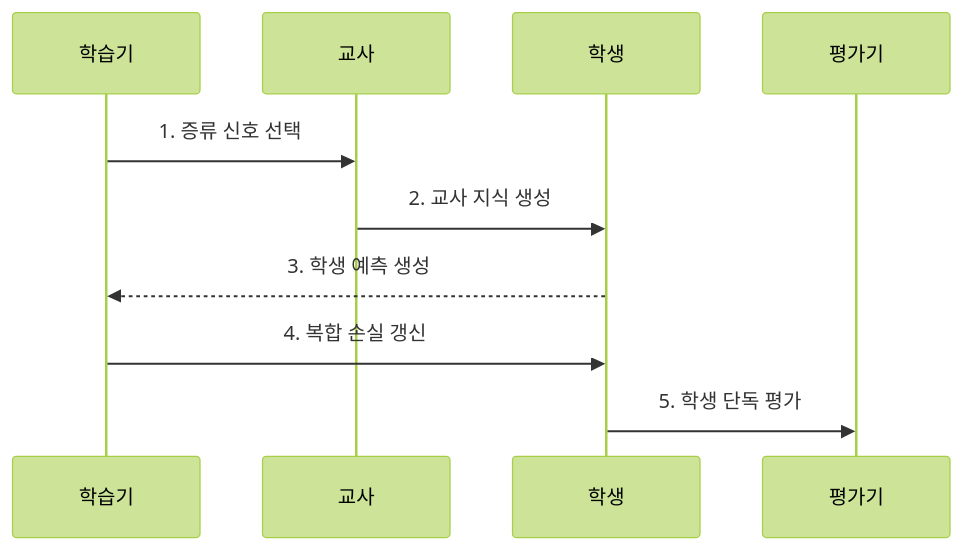
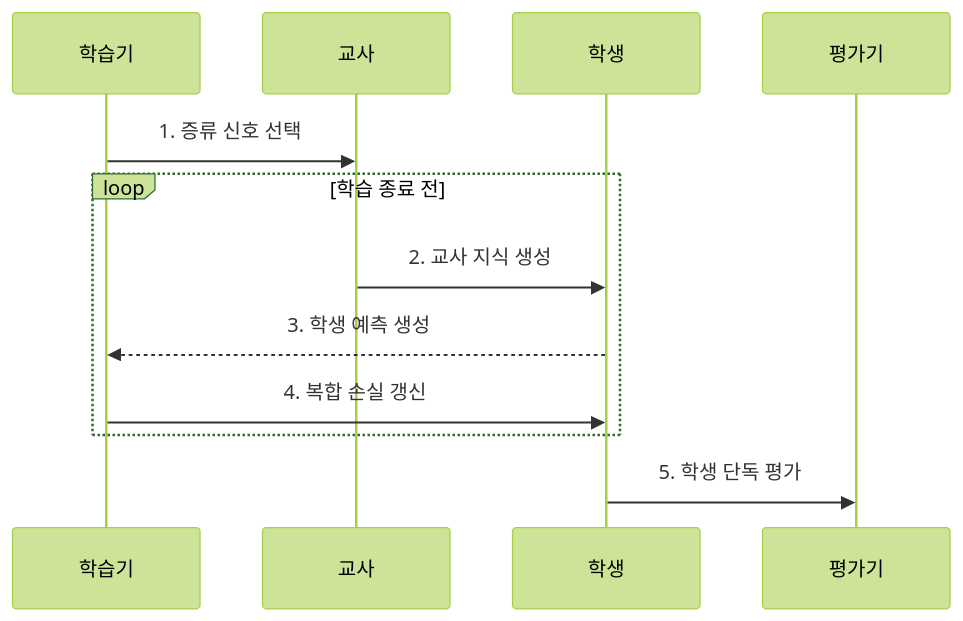
Before and after one commit to agnusdei1207/knowledge-base: the second of 2 diagrams in src/content/docs/notes/08-latest-tech/057_knowledge_distillation.md, drawn with Mermaid (forest theme). The commit also changed other lines of this file and 15 other files, not shown here.

````diff
--- a/src/content/docs/notes/08-latest-tech/057_knowledge_distillation.md
+++ b/src/content/docs/notes/08-latest-tech/057_knowledge_distillation.md
@@ -109,12 +109,14 @@
 ```mermaid
 sequenceDiagram
   participant L as 학습기
   participant T as 교사
   participant S as 학생
   participant E as 평가기
   L->>T: 1. 증류 신호 선택
-  T->>S: 2. 교사 지식 생성
-  S-->>L: 3. 학생 예측 생성
-  L->>S: 4. 복합 손실 갱신
+  loop 학습 종료 전
+    T->>S: 2. 교사 지식 생성
+    S-->>L: 3. 학생 예측 생성
+    L->>S: 4. 복합 손실 갱신
+  end
   S->>E: 5. 학생 단독 평가
 ```
````
